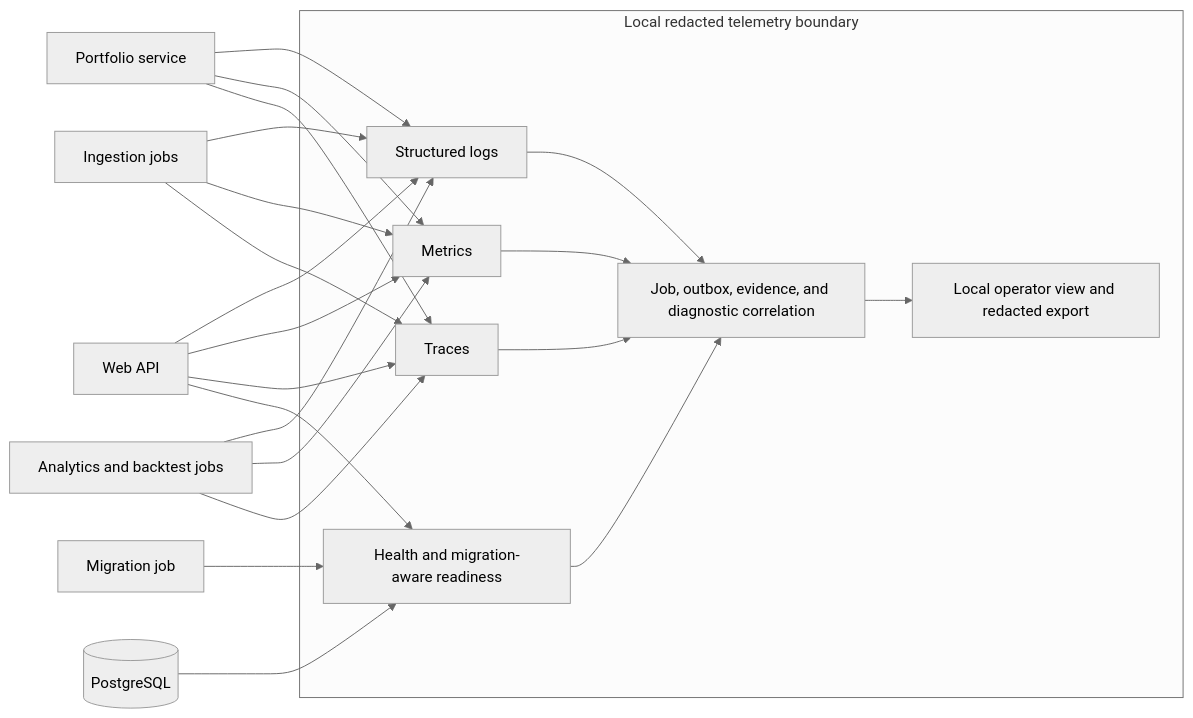
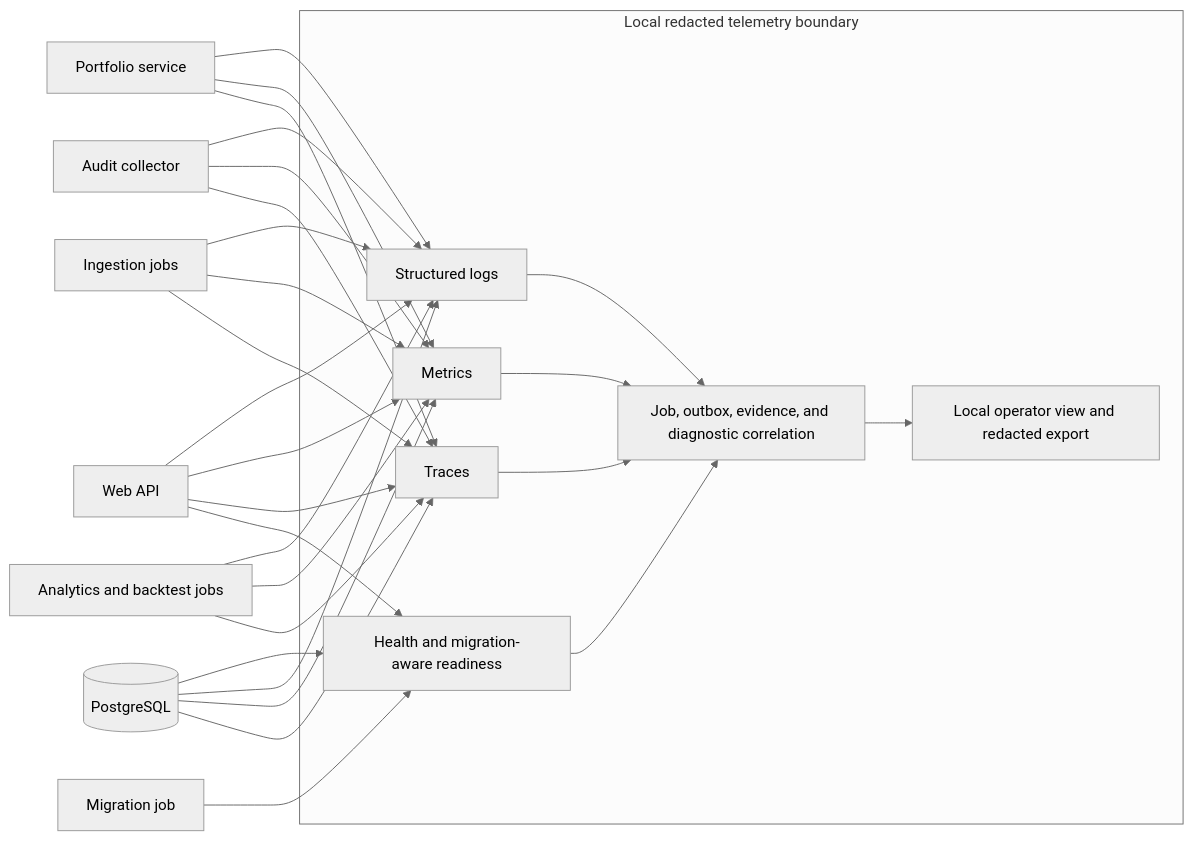
Before and after one commit to garycr/etf-analyzer: the diagram in docs/Architecture/proposed-observability-view.md, drawn with Mermaid (neutral theme). The commit also changed other lines of this file and 19 other files, not shown here.

Commit message:
docs: accept ledger security architecture

````diff
--- a/docs/Architecture/proposed-observability-view.md
+++ b/docs/Architecture/proposed-observability-view.md
@@ -13,39 +13,46 @@
 ```mermaid
 flowchart LR
     API[Web API]
     Portfolio[Portfolio service]
+    AuditCollector[Audit collector]
     Ingest[Ingestion jobs]
     Analytics[Analytics and backtest jobs]
     Migrate[Migration job]
     DB[(PostgreSQL)]
 
     subgraph TelemetryBoundary[Local redacted telemetry boundary]
         Logs[Structured logs]
         Metrics[Metrics]
         Traces[Traces]
         Health[Health and migration-aware readiness]
         Correlate[Job, outbox, evidence, and diagnostic correlation]
         View[Local operator view and redacted export]
     end
 
     API --> Logs
     API --> Metrics
     API --> Traces
     Portfolio --> Logs
     Portfolio --> Metrics
     Portfolio --> Traces
+    AuditCollector --> Logs
+    AuditCollector --> Metrics
+    AuditCollector --> Traces
     Ingest --> Logs
     Ingest --> Metrics
     Ingest --> Traces
     Analytics --> Logs
     Analytics --> Metrics
     Analytics --> Traces
     Migrate --> Health
     DB --> Health
+    DB --> Logs
+    DB --> Metrics
+    DB --> Traces
     API --> Health
     Logs --> Correlate
     Metrics --> Correlate
     Traces --> Correlate
     Health --> Correlate
     Correlate --> View
 ```
````
